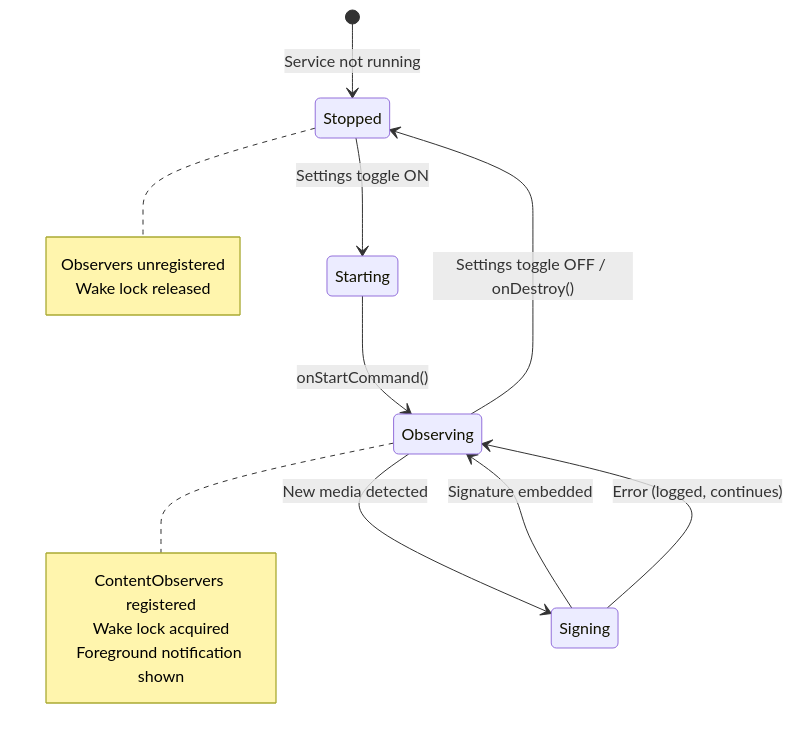
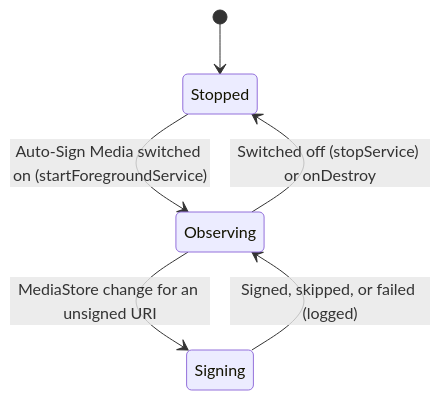
The diagram in docs/media-signing/engineering.md (jeremyhahn/xkey-android), drawn with Mermaid before and after one commit. The commit also changed other lines of this file and 39 other files, not shown here.

````diff
--- a/docs/media-signing/engineering.md
+++ b/docs/media-signing/engineering.md
@@ -12,15 +10,8 @@
 ```mermaid
 stateDiagram-v2
-    [*] --> Stopped: Service not running
-
-    Stopped --> Starting: Settings toggle ON
-    Starting --> Observing: onStartCommand()
-    Note right of Observing: ContentObservers registered<br/>Wake lock acquired<br/>Foreground notification shown
-
-    Observing --> Signing: New media detected
-    Signing --> Observing: Signature embedded
-    Signing --> Observing: Error (logged, continues)
-
-    Observing --> Stopped: Settings toggle OFF / onDestroy()
-    Note right of Stopped: Observers unregistered<br/>Wake lock released
+    [*] --> Stopped
+    Stopped --> Observing: Auto-Sign Media switched on (startForegroundService)
+    Observing --> Signing: MediaStore change for an unsigned URI
+    Signing --> Observing: Signed, skipped, or failed (logged)
+    Observing --> Stopped: Switched off (stopService) or onDestroy
 ```
````
